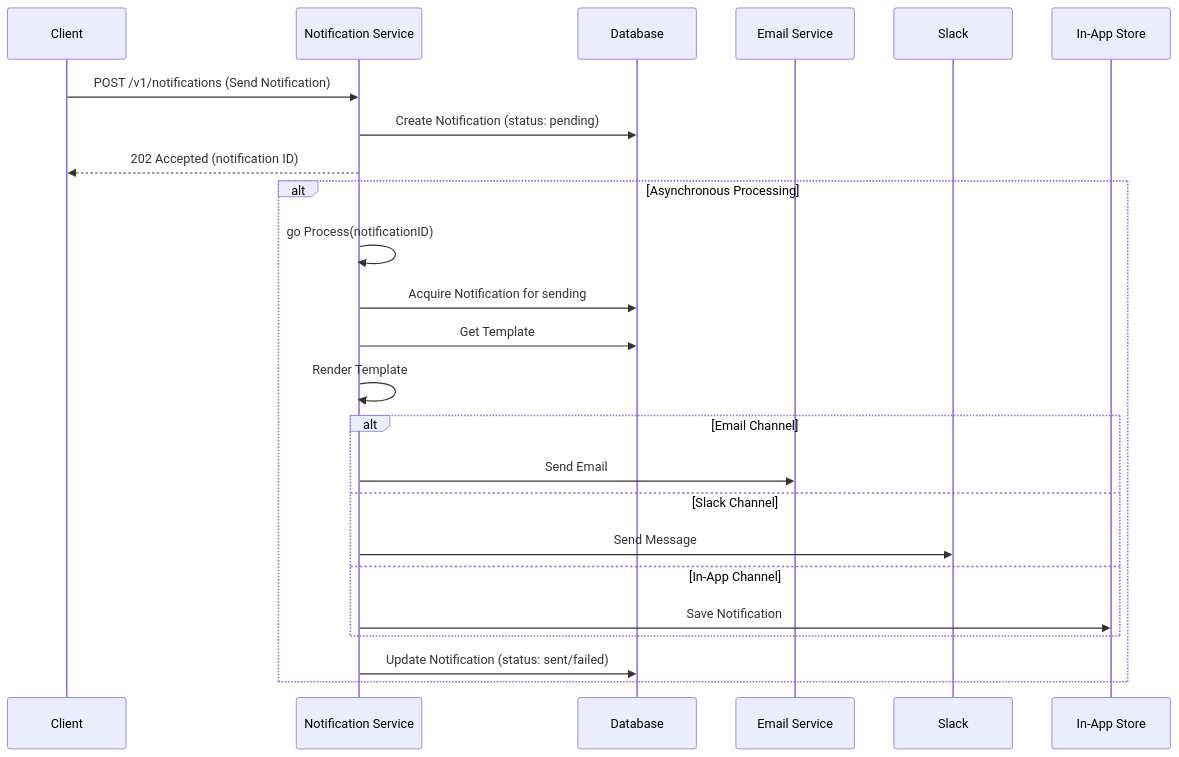
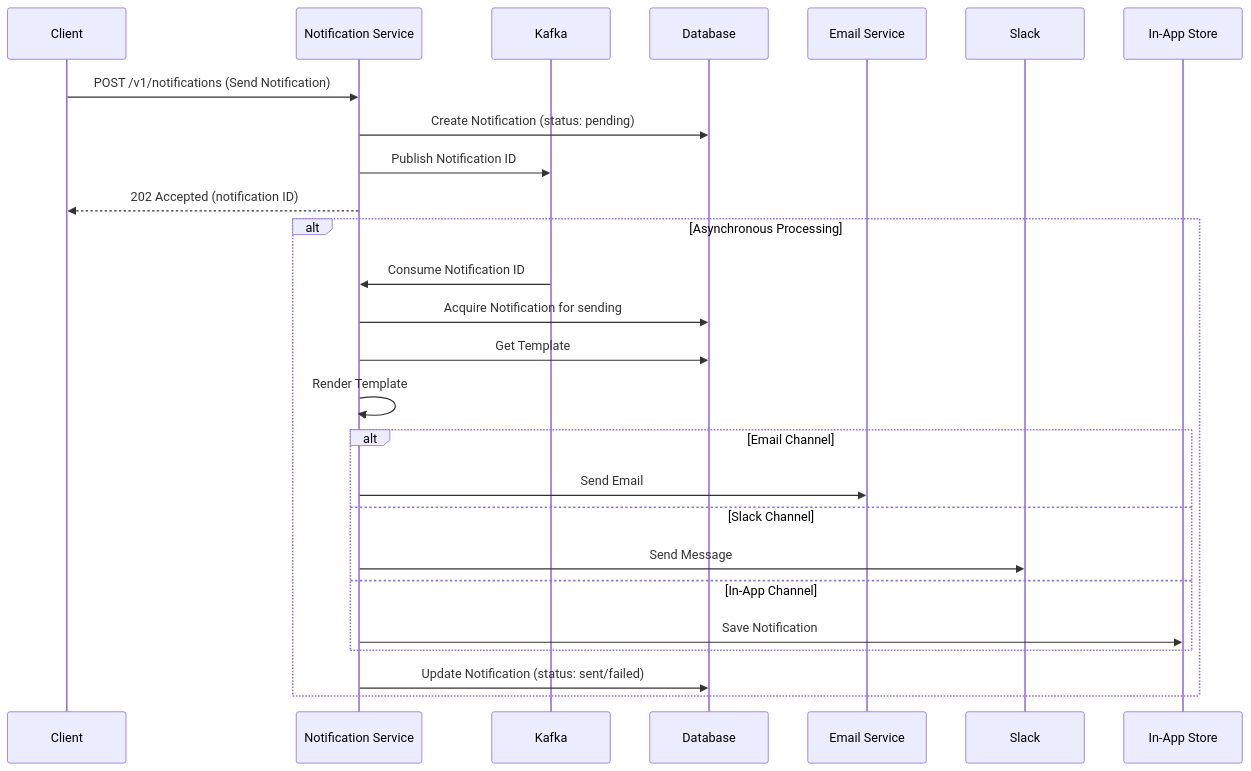
Before and after one commit to ckshitij/notification-service: the diagram in ReadMe.md, drawn with Mermaid. The commit also changed other lines of this file and 13 other files, not shown here.

First line of the commit message:
feat: add Kafka support for notification processing (#2)

````diff
--- a/ReadMe.md
+++ b/ReadMe.md
@@ -7,31 +17,32 @@
 ```mermaid
 sequenceDiagram
     participant Client
     participant NS as Notification Service
+    participant Kafka
     participant DB as Database
     participant Email as Email Service
     participant Slack
     participant InApp as In-App Store
 
     Client->>NS: POST /v1/notifications (Send Notification)
     NS->>DB: Create Notification (status: pending)
+    NS->>Kafka: Publish Notification ID
     NS-->>Client: 202 Accepted (notification ID)
 
     alt Asynchronous Processing
-        NS->>NS: go Process(notificationID)
+        Kafka->>NS: Consume Notification ID
         NS->>DB: Acquire Notification for sending
         NS->>DB: Get Template
         NS->>NS: Render Template
 
         alt Email Channel
             NS->>Email: Send Email
         else Slack Channel
             NS->>Slack: Send Message
         else In-App Channel
             NS->>InApp: Save Notification
         end
 
         NS->>DB: Update Notification (status: sent/failed)
     end
-
 ```
````
